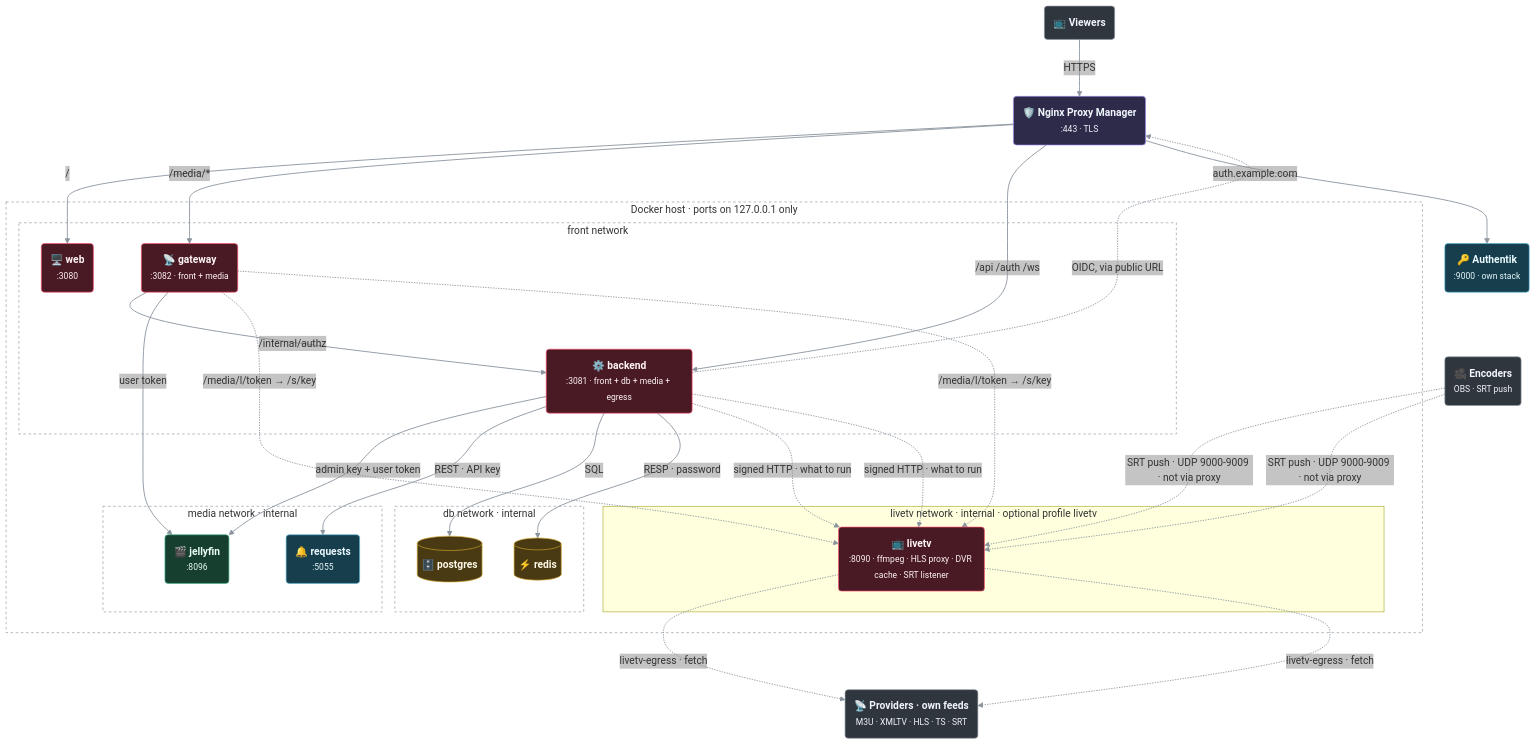
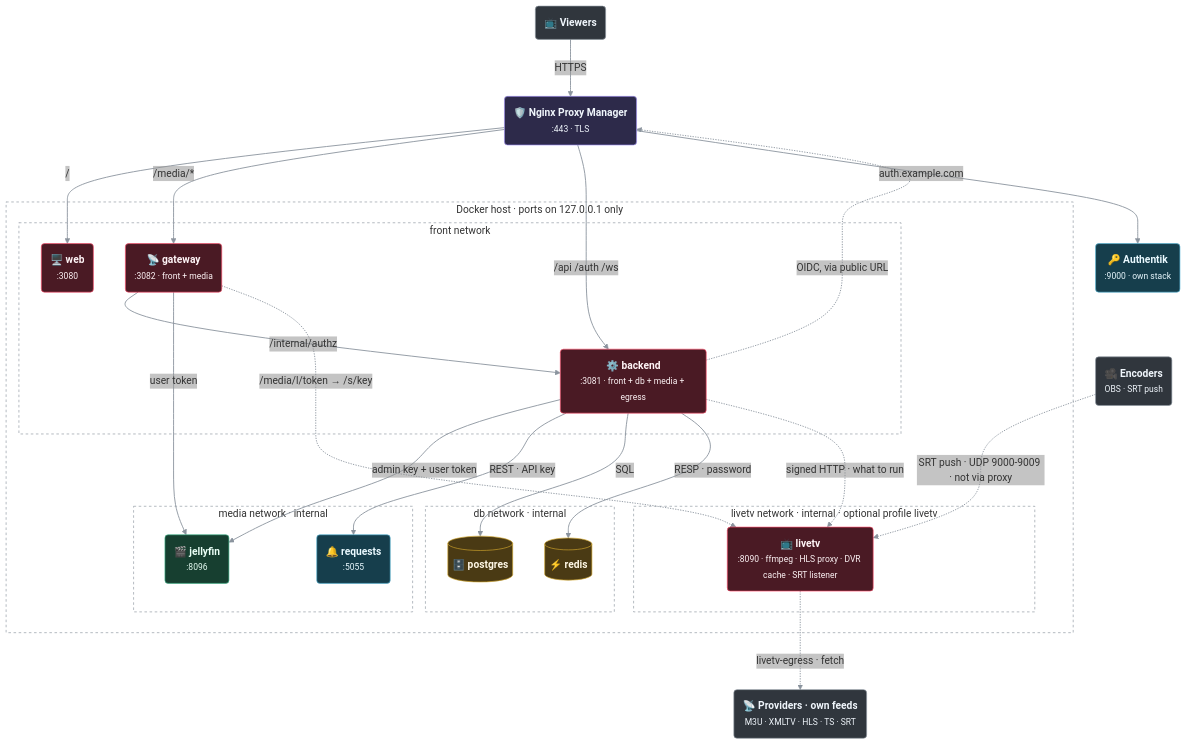
One commit to LetsManu/friendflix changed the first of 3 diagrams in docs/architecture.md. Above: the diagram before and after it, drawn with Mermaid. The commit also changed other lines of this file and 6 other files, not shown here.

First line of the commit message:
docs(livetv): review fixes (architecture duplicate, token cap, privacy, events)

````diff
--- a/docs/architecture.md
+++ b/docs/architecture.md
@@ -7,79 +7,69 @@
 ```mermaid
 ---
 config:
   flowchart:
     curve: basis
     nodeSpacing: 50
     rankSpacing: 65
     padding: 14
   themeVariables:
     edgeLabelBackground: 'rgba(150,150,150,0.12)'
   themeCSS: '.labelBkg { background-color: rgba(127,127,127,0.12) !important; }'
 ---
 flowchart TB
   accTitle: FriendFlix containers and networks
-  accDescr: Viewers reach Nginx Proxy Manager, which routes to web, backend and gateway on the front network. The backend alone also reaches Postgres and Redis on the internal db network and the media services on the internal media network. Authentik is reached through the proxy. With the optional Live TV profile, backend and gateway reach the livetv service on its own internal network; livetv alone reaches the providers, and encoders can push SRT feeds into its UDP range. With the optional Live TV profile, backend and gateway reach the livetv service on its own internal network; livetv alone reaches the providers, and encoders can push SRT feeds into its UDP range.
+  accDescr: Viewers reach Nginx Proxy Manager, which routes to web, backend and gateway on the front network. The backend alone also reaches Postgres and Redis on the internal db network and the media services on the internal media network. Authentik is reached through the proxy. With the optional Live TV profile, backend and gateway reach the livetv service on its own internal network; livetv alone reaches the providers, and encoders can push SRT feeds into its UDP range.
   V("📺 <b>Viewers</b>"):::ext
   NPM("🛡️ <b>Nginx Proxy Manager</b><br/><small>:443 · TLS</small>"):::edge
   AK("🔑 <b>Authentik</b><br/><small>:9000 · own stack</small>"):::svc
-  PV("📡 <b>Providers · own feeds</b><br/><small>M3U · XMLTV · HLS · TS · SRT</small>"):::ext
-  ENC("🎥 <b>Encoders</b><br/><small>OBS · SRT push</small>"):::ext
   PV("📡 <b>Providers · own feeds</b><br/><small>M3U · XMLTV · HLS · TS · SRT</small>"):::ext
   ENC("🎥 <b>Encoders</b><br/><small>OBS · SRT push</small>"):::ext
   subgraph HOST["Docker host · ports on 127.0.0.1 only"]
     subgraph FRONT["front network"]
       WEB("🖥️ <b>web</b><br/><small>:3080</small>"):::app
       GW("📡 <b>gateway</b><br/><small>:3082 · front + media</small>"):::app
       BE("⚙️ <b>backend</b><br/><small>:3081 · front + db + media + egress</small>"):::app
     end
     subgraph MEDIA["media network · internal"]
       S("🎬 <b>jellyfin</b><br/><small>:8096</small>"):::media
       SE("🔔 <b>requests</b><br/><small>:5055</small>"):::svc
-    end
-    subgraph LTV["livetv network · internal · optional profile livetv"]
-      LT("📺 <b>livetv</b><br/><small>:8090 · ffmpeg · HLS proxy · DVR cache · SRT listener</small>"):::app
     end
     subgraph LTV["livetv network · internal · optional profile livetv"]
       LT("📺 <b>livetv</b><br/><small>:8090 · ffmpeg · HLS proxy · DVR cache · SRT listener</small>"):::app
     end
     subgraph DB["db network · internal"]
       PG[("🗄️ <b>postgres</b>")]:::store
       RD[("⚡ <b>redis</b>")]:::store
     end
   end
 
   V -->|HTTPS| NPM
   NPM -->|"/"| WEB
   NPM -->|"/media/*"| GW
   NPM -->|"/api /auth /ws"| BE
   NPM -->|"auth.example.com"| AK
   GW -->|"/internal/authz"| BE
   GW ==>|"user token"| S
   BE -->|"admin key + user token"| S
   BE -->|"REST · API key"| SE
   BE -->|SQL| PG
   BE -->|"RESP · password"| RD
   BE -.->|"OIDC, via public URL"| NPM
   BE -.->|"signed HTTP · what to run"| LT
   GW -.->|"/media/l/token → /s/key"| LT
   LT -.->|"livetv-egress · fetch"| PV
   ENC -.->|"SRT push · UDP 9000-9009 · not via proxy"| LT
-  BE -.->|"signed HTTP · what to run"| LT
-  GW -.->|"/media/l/token → /s/key"| LT
-  LT -.->|"livetv-egress · fetch"| PV
-  ENC -.->|"SRT push · UDP 9000-9009 · not via proxy"| LT
   classDef ext fill:#30363d,stroke:#8b949e,stroke-width:1px,color:#f0f6fc
   classDef edge fill:#2d2a4a,stroke:#9d8cf0,stroke-width:1px,color:#f0f6fc
   classDef app fill:#4a1a24,stroke:#ff4f6d,stroke-width:1px,color:#fff5f7
   classDef store fill:#4a3a14,stroke:#d4a72c,stroke-width:1px,color:#fff8e6
   classDef media fill:#173f30,stroke:#3fb68b,stroke-width:1px,color:#eafff6
   classDef svc fill:#163e4c,stroke:#56b6d6,stroke-width:1px,color:#eaf9ff
   classDef fork fill:#4a1d3c,stroke:#e070b0,stroke-width:1px,stroke-dasharray:4 3,color:#fff0f8
   linkStyle default stroke:#8b949e,stroke-width:1.4px
   style HOST fill:none,stroke:#8b949e,stroke-width:1px,stroke-dasharray:4 4
   style FRONT fill:none,stroke:#8b949e,stroke-width:1px,stroke-dasharray:4 4
   style DB fill:none,stroke:#8b949e,stroke-width:1px,stroke-dasharray:4 4
   style MEDIA fill:none,stroke:#8b949e,stroke-width:1px,stroke-dasharray:4 4
   style LTV fill:none,stroke:#8b949e,stroke-width:1px,stroke-dasharray:4 4
-  style LTV fill:none,stroke:#8b949e,stroke-width:1px,stroke-dasharray:4 4
 ```
````
